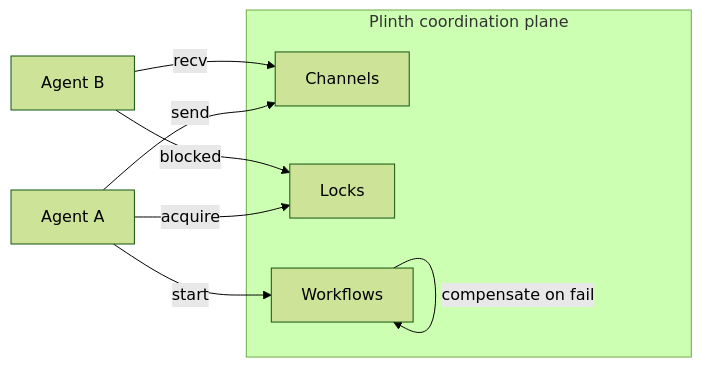
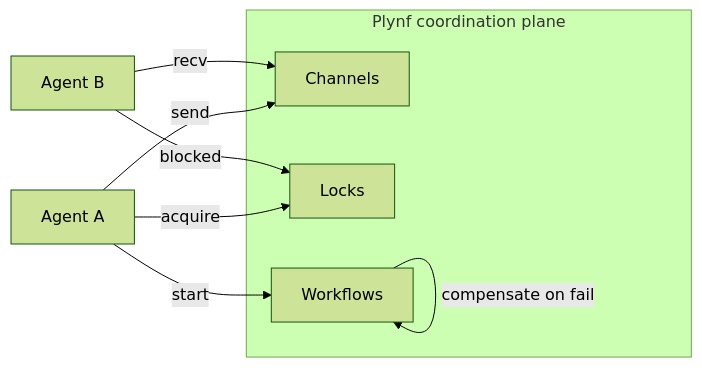
Before and after one commit to nico-schindlbeck-jpg/plynf: the first of 2 diagrams in docs/architecture/04-coordination-primitives.md, drawn with Mermaid (forest theme). The commit also changed other lines of this file and 209 other files, not shown here.

First line of the commit message:
rebrand: Plinth → Plynf (text/docs/marketing surfaces only)

````diff
--- a/docs/architecture/04-coordination-primitives.md
+++ b/docs/architecture/04-coordination-primitives.md
@@ -17,14 +17,14 @@
 ```mermaid
 flowchart LR
-    subgraph "Plinth coordination plane"
+    subgraph "Plynf coordination plane"
       C[Channels]
       L[Locks]
       W[Workflows]
     end
     A1[Agent A] -- send --> C
     A2[Agent B] -- recv --> C
     A1 -- acquire --> L
     A2 -- blocked --> L
     A1 -- start --> W
     W -- compensate on fail --> W
 ```
````
